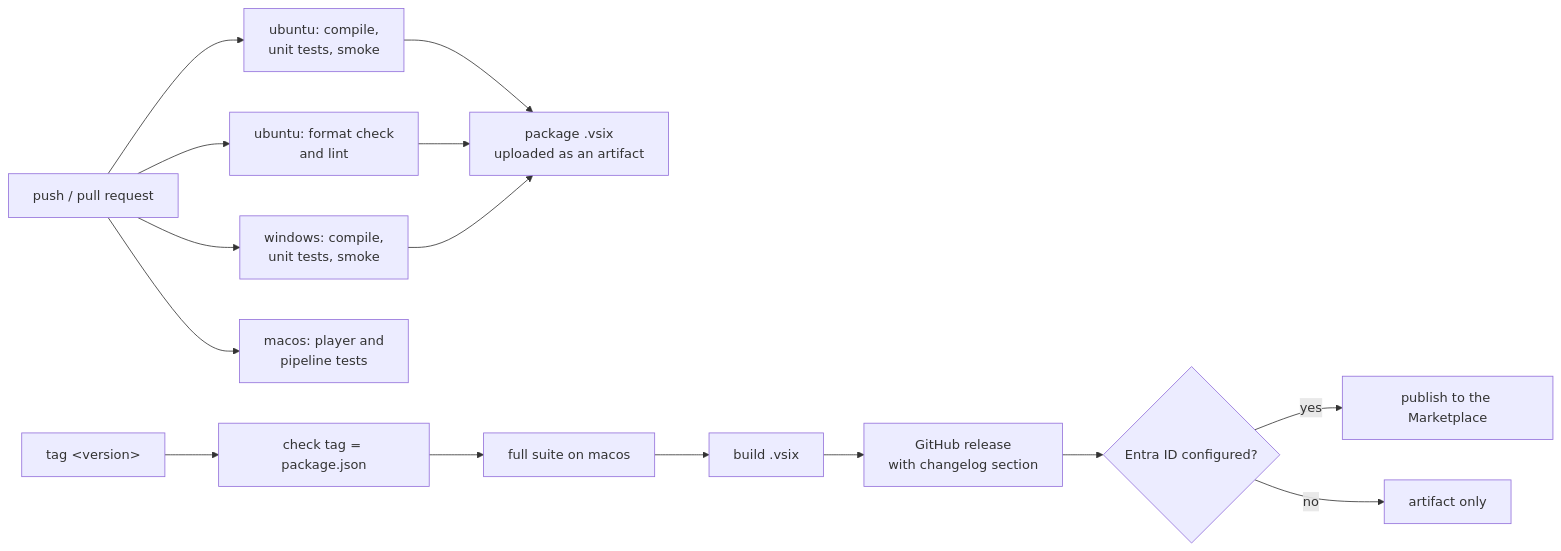
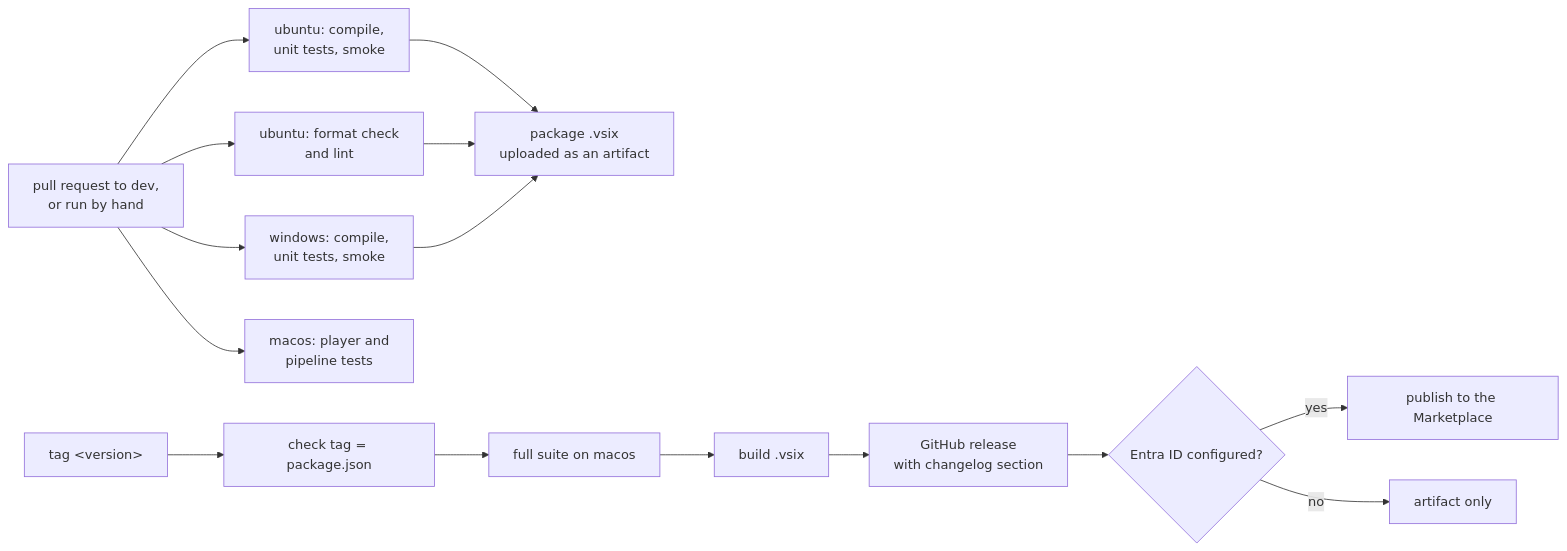
The tenth of 10 diagrams in docs/ARCHITECTURE.md (giladreich/claude-code-tts), drawn with Mermaid before and after one commit. The commit also changed other lines of this file and 12 other files, not shown here.

First line of the commit message:
Release from one script, and run CI on pull requests to dev only.

````diff
--- a/docs/ARCHITECTURE.md
+++ b/docs/ARCHITECTURE.md
@@ -341,17 +341,17 @@
 ```mermaid
 flowchart LR
-    PR["push / pull request"] --> CI0["ubuntu: format check<br/>and lint"]
+    PR["pull request to dev,<br/>or run by hand"] --> CI0["ubuntu: format check<br/>and lint"]
     PR --> CI1["ubuntu: compile,<br/>unit tests, smoke"]
     PR --> CIW["windows: compile,<br/>unit tests, smoke"]
     PR --> CI2["macos: player and<br/>pipeline tests"]
     CI1 --> CI3["package .vsix<br/>uploaded as an artifact"]
     CI0 --> CI3
     CIW --> CI3
     TAG["tag &lt;version&gt;"] --> R1["check tag = package.json"]
     R1 --> R2["full suite on macos"]
     R2 --> R3["build .vsix"]
     R3 --> R4["GitHub release<br/>with changelog section"]
     R4 --> R5{"Entra ID configured?"}
     R5 -->|yes| R6["publish to the Marketplace"]
     R5 -->|no| R7["artifact only"]
 ```
````
